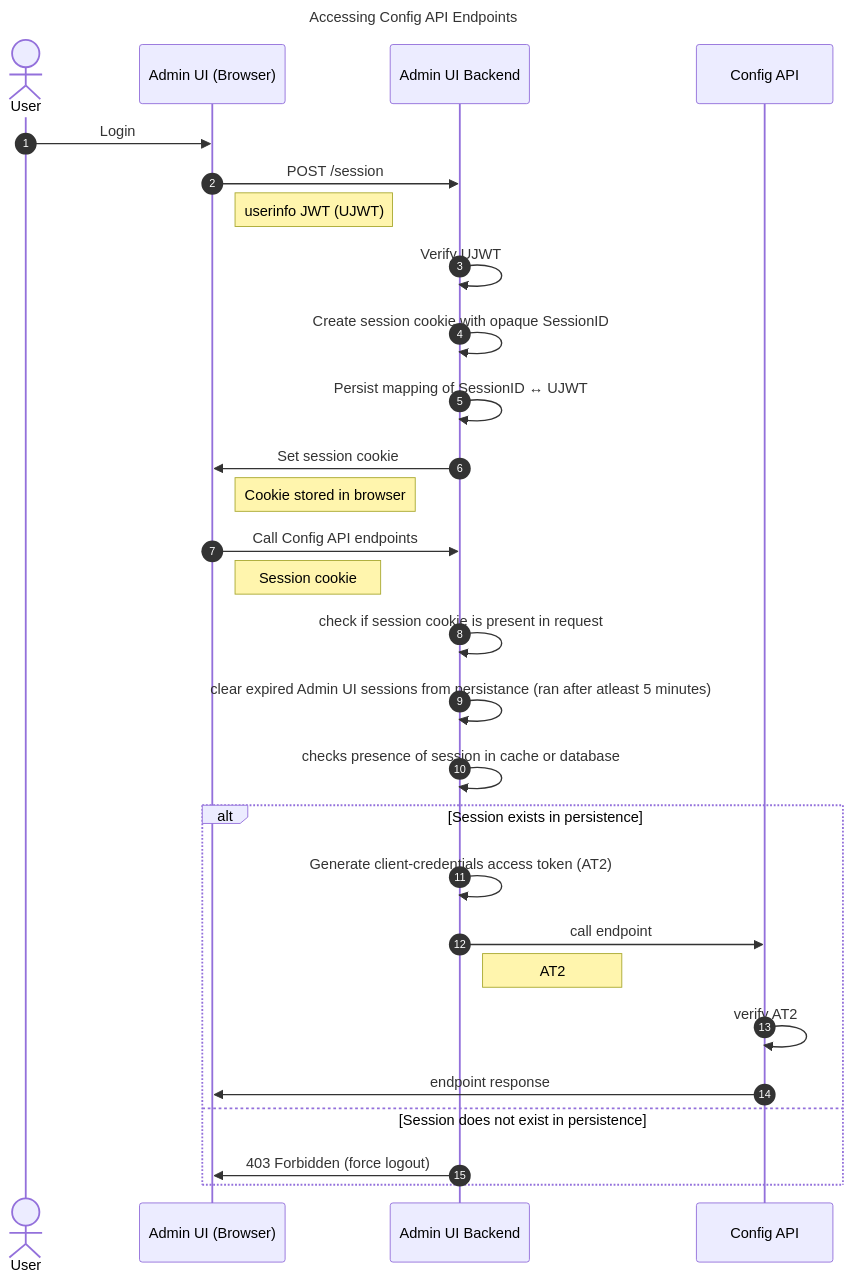
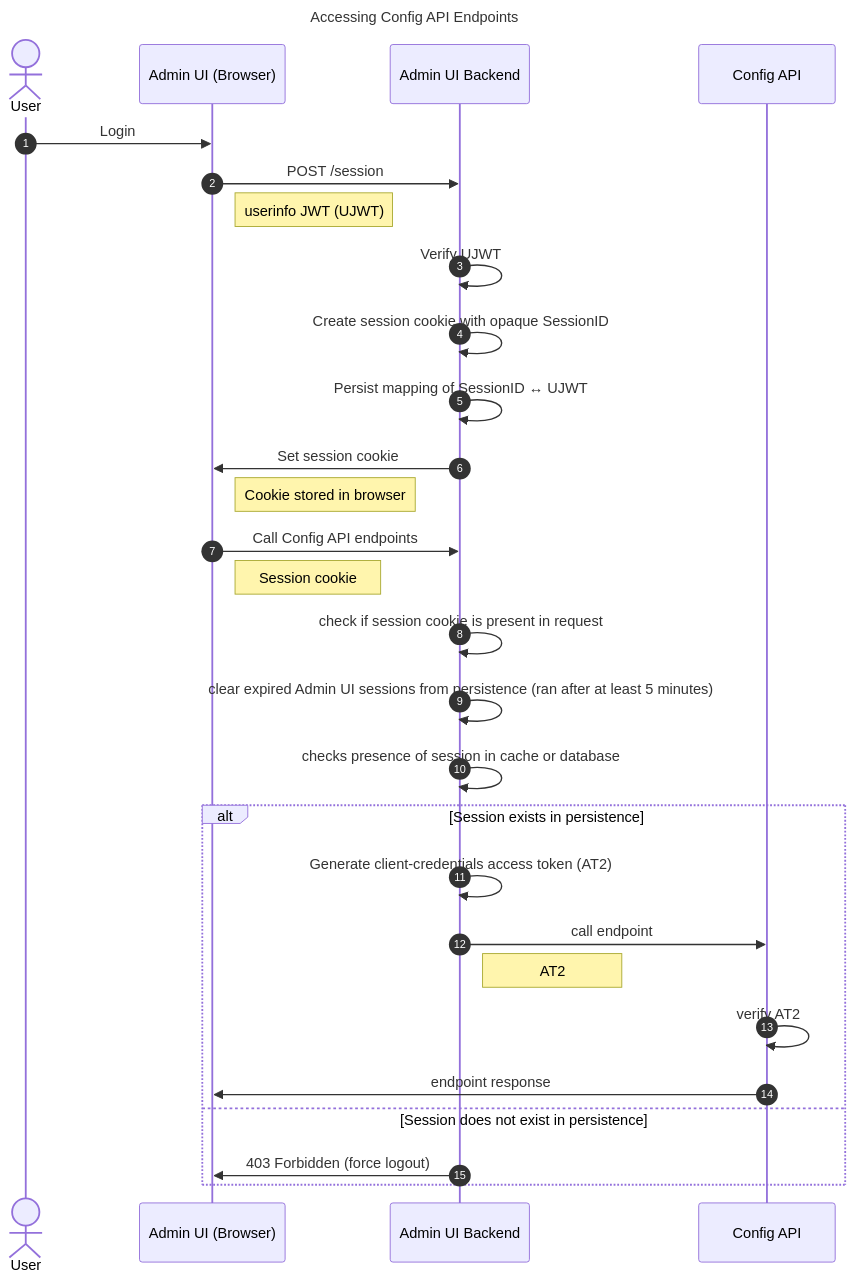
One commit to GluuFederation/flex changed the third of 4 diagrams in docs/admin/admin-ui/auth-server-interaction.md. Above: the diagram before and after it, drawn with Mermaid. The commit also changed other lines of this file, not shown here.

````diff
--- a/docs/admin/admin-ui/auth-server-interaction.md
+++ b/docs/admin/admin-ui/auth-server-interaction.md
@@ -112,36 +112,36 @@
 ```mermaid
 sequenceDiagram
     title Accessing Config API Endpoints
     autonumber
 
     actor User
     participant Browser as Admin UI (Browser)
     participant Backend as Admin UI Backend
     participant ConfigAPI as Config API
 
     User->>Browser: Login
     Browser->>Backend: POST /session
     Note right of Browser: userinfo JWT (UJWT)
 
     Backend->>Backend: Verify UJWT
     Backend->>Backend: Create session cookie with opaque SessionID
     Backend->>Backend: Persist mapping of SessionID ↔ UJWT
     Backend->>Browser: Set session cookie
     Note right of Browser: Cookie stored in browser
 
     Browser->>Backend: Call Config API endpoints
     Note right of Browser: Session cookie
     Backend->>Backend: check if session cookie is present in request
-    Backend->>Backend: clear expired Admin UI sessions from persistance (ran after atleast 5 minutes)
+    Backend->>Backend: clear expired Admin UI sessions from persistence (ran after at least 5 minutes)
     Backend->>Backend: checks presence of session in cache or database
     alt Session exists in persistence
         Backend->>Backend: Generate client-credentials access token (AT2)
         Backend->>ConfigAPI: call endpoint
         Note right of Backend: AT2
         ConfigAPI->>ConfigAPI: verify AT2        
         ConfigAPI->>Browser: endpoint response
     else Session does not exist in persistence
         Backend->>Browser: 403 Forbidden (force logout)
     end
 
 ```
````
